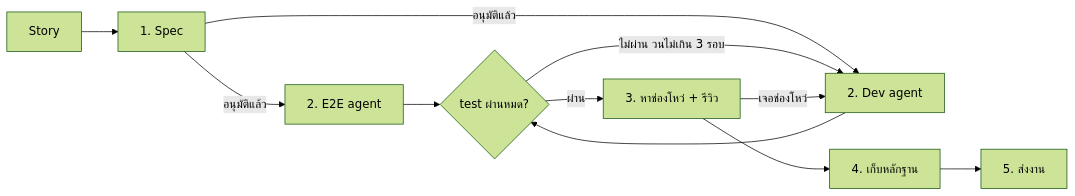
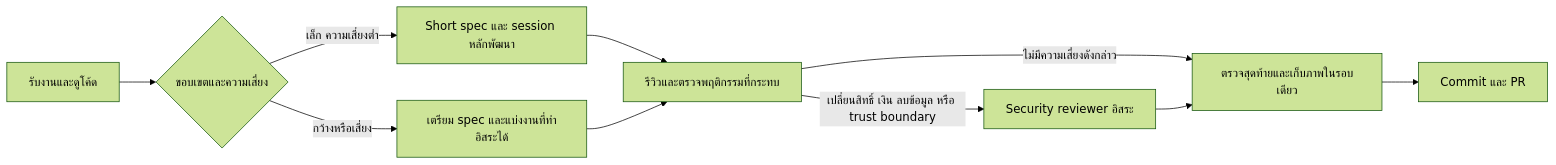
Before and after one commit to thanaphatpanmas/agents: the diagram in docs/skills/story.md, drawn with Mermaid (forest theme). The commit also changed other lines of this file and 12 other files, not shown here.

````diff
--- a/docs/skills/story.md
+++ b/docs/skills/story.md
@@ -11,13 +13,12 @@
 ```mermaid
 flowchart LR
-  S[Story] --> A[1. Spec]
-  A -->|อนุมัติแล้ว| B1[2. E2E agent]
-  A -->|อนุมัติแล้ว| B2[2. Dev agent]
-  B1 --> C{test ผ่านหมด?}
-  B2 --> C
-  C -->|ไม่ผ่าน วนไม่เกิน 3 รอบ| B2
-  C -->|ผ่าน| D[3. หาช่องโหว่ + รีวิว]
-  D -->|เจอช่องโหว่| B2
-  D --> E[4. เก็บหลักฐาน]
-  E --> F[5. ส่งงาน]
+  S[รับงานและดูโค้ด] --> R{ขอบเขตและความเสี่ยง}
+  R -->|เล็ก ความเสี่ยงต่ำ| A[Short spec และ session หลักพัฒนา]
+  R -->|กว้างหรือเสี่ยง| B[เตรียม spec และแบ่งงานที่ทำอิสระได้]
+  A --> C[รีวิวและตรวจพฤติกรรมที่กระทบ]
+  B --> C
+  C -->|เปลี่ยนสิทธิ์ เงิน ลบข้อมูล หรือ trust boundary| D[Security reviewer อิสระ]
+  C -->|ไม่มีความเสี่ยงดังกล่าว| E[ตรวจสุดท้ายและเก็บภาพในรอบเดียว]
+  D --> E
+  E --> F[Commit และ PR]
 ```
````
